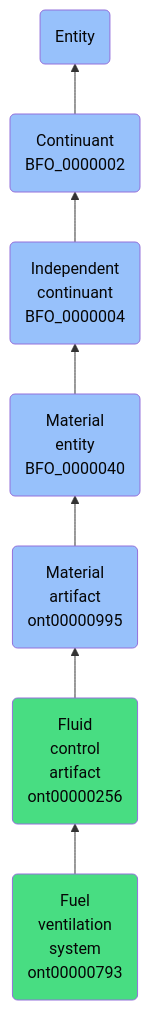
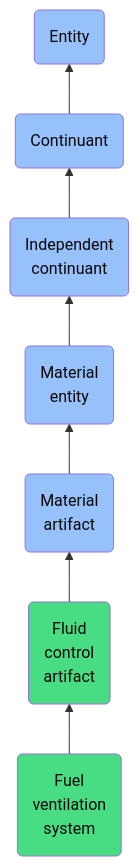
Before and after one commit to jupyter-naas/abi: the diagram in docs/ontology/reference/model/Entity/Continuant/Independent continuant/Material entity/Material artifact/Fluid control artifact/Fuel ventilation system/Fuel ventilation system.md, drawn with Mermaid. The commit also changed other lines of this file and 1430 other files, not shown here.

````diff
--- a/docs/ontology/reference/model/Entity/Continuant/Independent continuant/Material entity/Material artifact/Fluid control artifact/Fuel ventilation system/Fuel ventilation system.md
+++ b/docs/ontology/reference/model/Entity/Continuant/Independent continuant/Material entity/Material artifact/Fluid control artifact/Fuel ventilation system/Fuel ventilation system.md
@@ -24,14 +24,14 @@
 ```mermaid
 graph BT
-    ont00000793(Fuel<br>ventilation<br>system<br>ont00000793):::ABI-->ont00000256
-    ont00000256(Fluid<br>control<br>artifact<br>ont00000256):::ABI-->ont00000995
-    ont00000995(Material<br>artifact<br>ont00000995):::BFO-->BFO_0000040
-    BFO_0000040(Material<br>entity<br>BFO_0000040):::BFO-->BFO_0000004
-    BFO_0000004(Independent<br>continuant<br>BFO_0000004):::BFO-->BFO_0000002
-    BFO_0000002(Continuant<br>BFO_0000002):::BFO-->BFO_0000001
+    ont00000793(Fuel<br>ventilation<br>system):::ABI-->ont00000256
+    ont00000256(Fluid<br>control<br>artifact):::ABI-->ont00000995
+    ont00000995(Material<br>artifact):::BFO-->BFO_0000040
+    BFO_0000040(Material<br>entity):::BFO-->BFO_0000004
+    BFO_0000004(Independent<br>continuant):::BFO-->BFO_0000002
+    BFO_0000002(Continuant):::BFO-->BFO_0000001
     BFO_0000001(Entity):::BFO
     
     classDef BFO fill:#97c1fb,color:#060606
     classDef CCO fill:#e4c51e,color:#060606
     classDef ABI fill:#48DD82,color:#060606
 ```
````
